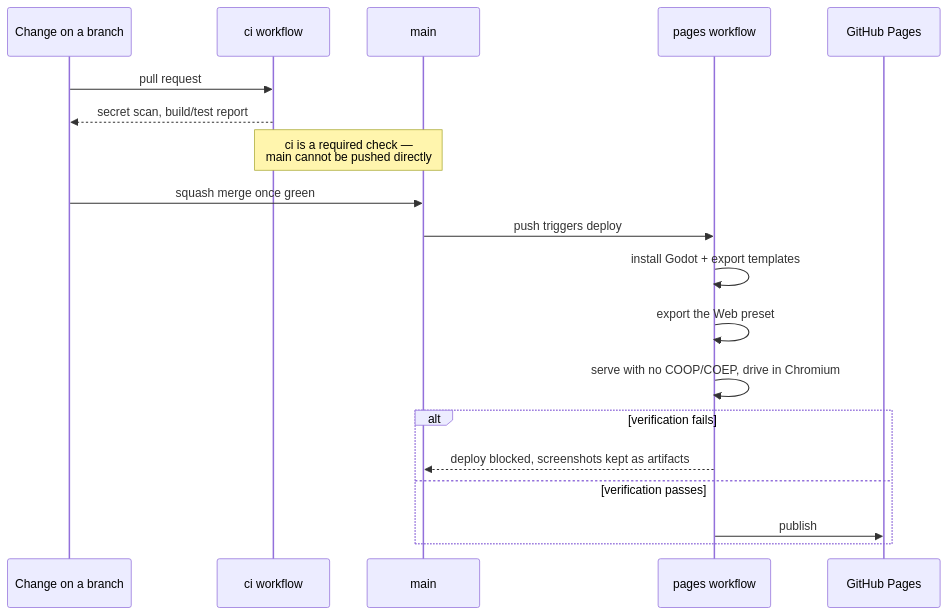
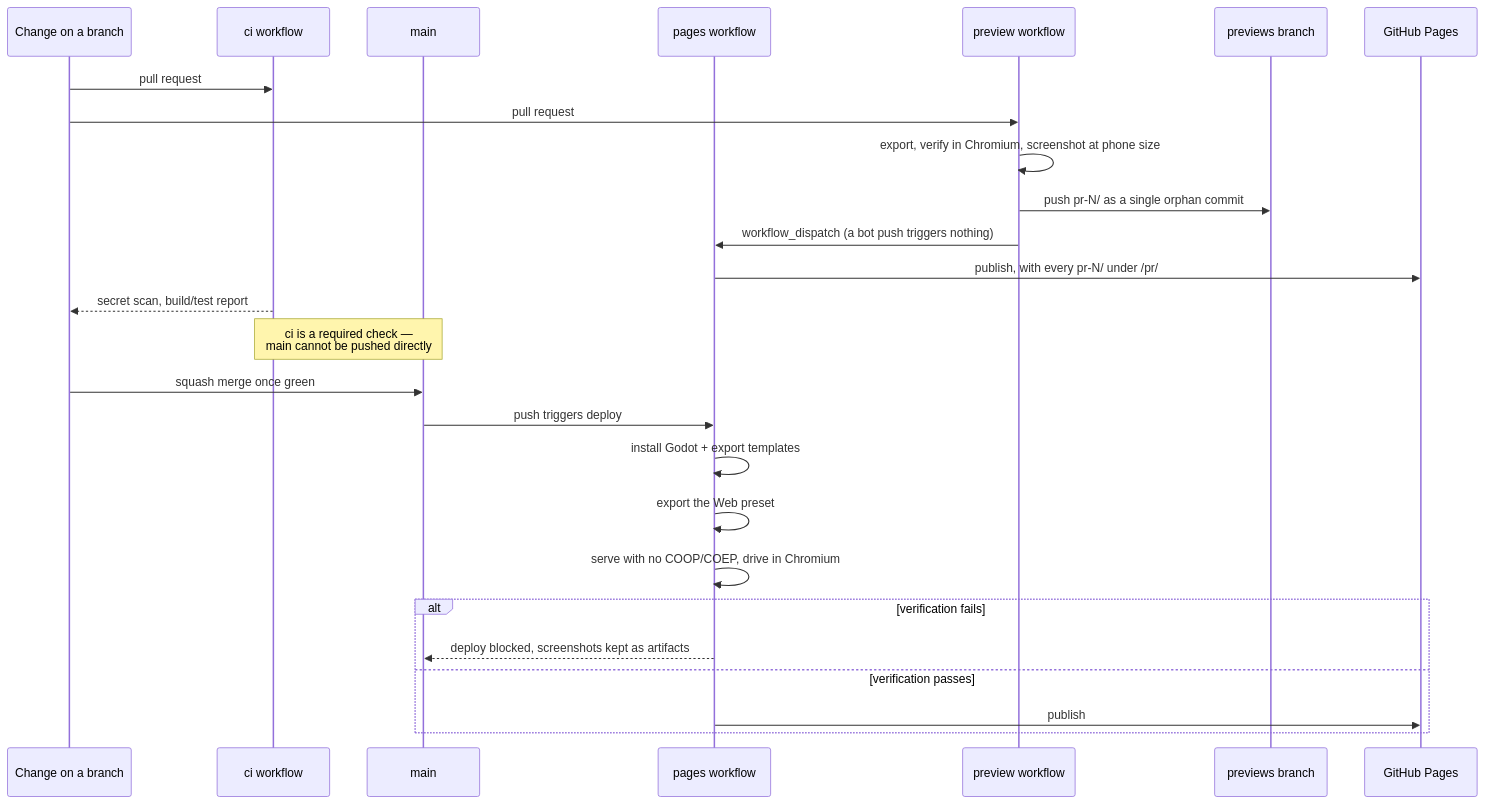
One commit to CoderCoop/CrumplZone changed the fourth of 5 diagrams in ARCHITECTURE.md. Above: the diagram before and after it, drawn with Mermaid. The commit also changed other lines of this file and 22 other files, not shown here.

First line of the commit message:
feat: every pull request gets a playable preview and screenshots (#68)

````diff
--- a/ARCHITECTURE.md
+++ b/ARCHITECTURE.md
@@ -370,22 +378,29 @@
 ```mermaid
 sequenceDiagram
     participant dev as Change on a branch
     participant ci as ci workflow
     participant main
     participant pagesjob as pages workflow
+    participant preview as preview workflow
+    participant previews as previews branch
     participant site as GitHub Pages
 
     dev->>ci: pull request
+    dev->>preview: pull request
+    preview->>preview: export, verify in Chromium, screenshot at phone size
+    preview->>previews: push pr-N/ as a single orphan commit
+    preview->>pagesjob: workflow_dispatch (a bot push triggers nothing)
+    pagesjob->>site: publish, with every pr-N/ under /pr/
     ci-->>dev: secret scan, build/test report
     Note over ci,main: ci is a required check —<br/>main cannot be pushed directly
     dev->>main: squash merge once green
     main->>pagesjob: push triggers deploy
     pagesjob->>pagesjob: install Godot + export templates
     pagesjob->>pagesjob: export the Web preset
     pagesjob->>pagesjob: serve with no COOP/COEP, drive in Chromium
     alt verification fails
         pagesjob-->>main: deploy blocked, screenshots kept as artifacts
     else verification passes
         pagesjob->>site: publish
     end
 ```
````
